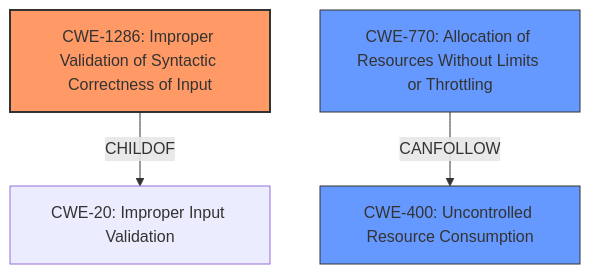
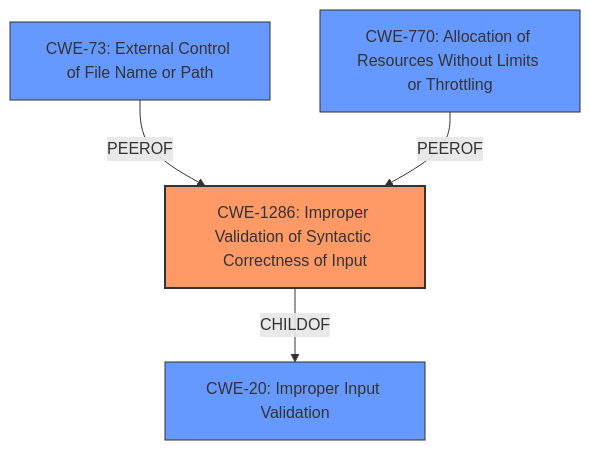
Before and after one commit to CyberSecAI/cwe_agent_assign_reports_2023: the diagram in CVE-2021-22205/CVE-2021-22205_analysis.md, drawn with Mermaid. The commit also changed other lines of this file and 902 other files, not shown here.

````diff
--- a/CVE-2021-22205/CVE-2021-22205_analysis.md
+++ b/CVE-2021-22205/CVE-2021-22205_analysis.md
@@ -18,16 +18,16 @@
 ```mermaid
 graph TD
     cwe1286["CWE-1286: Improper Validation of Syntactic Correctness of Input"]
     cwe20["CWE-20: Improper Input Validation"]
+    cwe73["CWE-73: External Control of File Name or Path"]
     cwe770["CWE-770: Allocation of Resources Without Limits or Throttling"]
-    cwe400["CWE-400: Uncontrolled Resource Consumption"]
 
     cwe1286 -->|CHILDOF| cwe20
-    cwe770 -->|CANFOLLOW| cwe400
+    cwe73 -->|PEEROF| cwe1286
+    cwe770 -->|PEEROF| cwe1286
 
     classDef primary fill:#f96,stroke:#333,stroke-width:2px
     classDef secondary fill:#69f,stroke:#333
-    classDef tertiary fill:#9e9,stroke:#333
     class cwe1286 primary
-    class cwe770,cwe400 secondary
+    class cwe20,cwe73,cwe770 secondary
 ```
````
